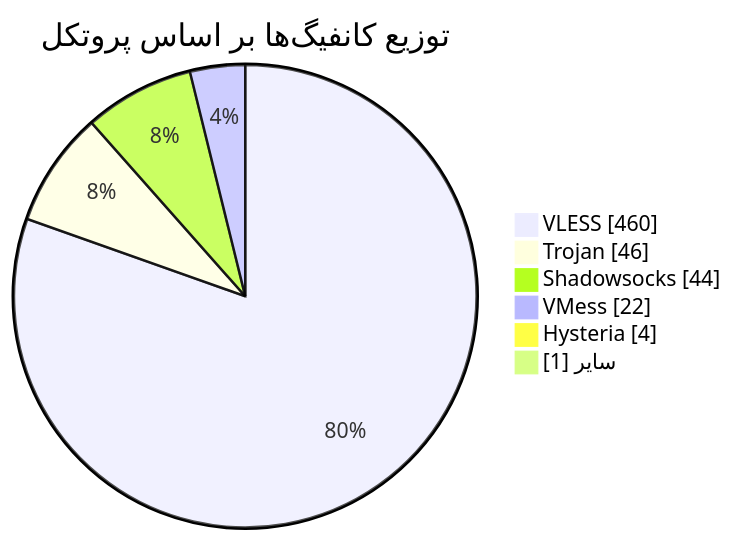
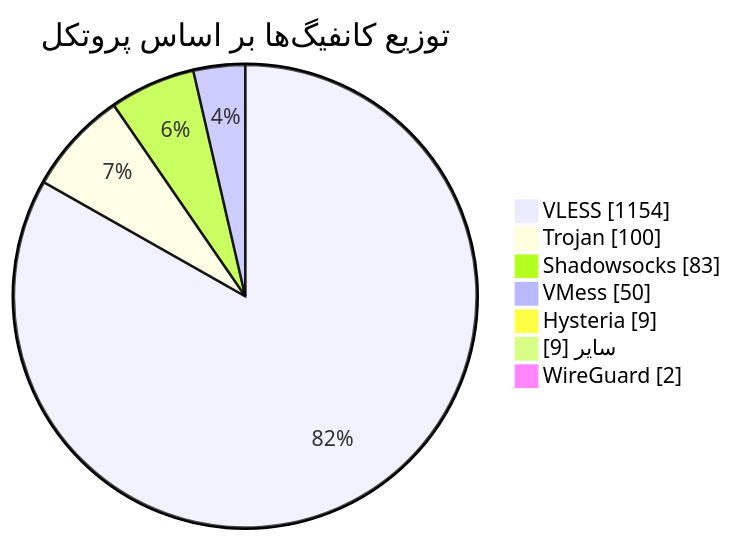
Before and after one commit to Arian-Alijani/Somthing: the diagram in README.md, drawn with Mermaid. The commit also changed other lines of this file and 117 other files, not shown here.

````diff
--- a/README.md
+++ b/README.md
@@ -48,10 +49,11 @@
 ```mermaid
 pie showData
     title توزیع کانفیگ‌ها بر اساس پروتکل
-    "VLESS" : 460
-    "Trojan" : 46
-    "Shadowsocks" : 44
-    "VMess" : 22
-    "Hysteria" : 4
-    "سایر" : 1
+    "VLESS" : 1154
+    "Trojan" : 100
+    "Shadowsocks" : 83
+    "VMess" : 50
+    "Hysteria" : 9
+    "سایر" : 9
+    "WireGuard" : 2
 ```
````
